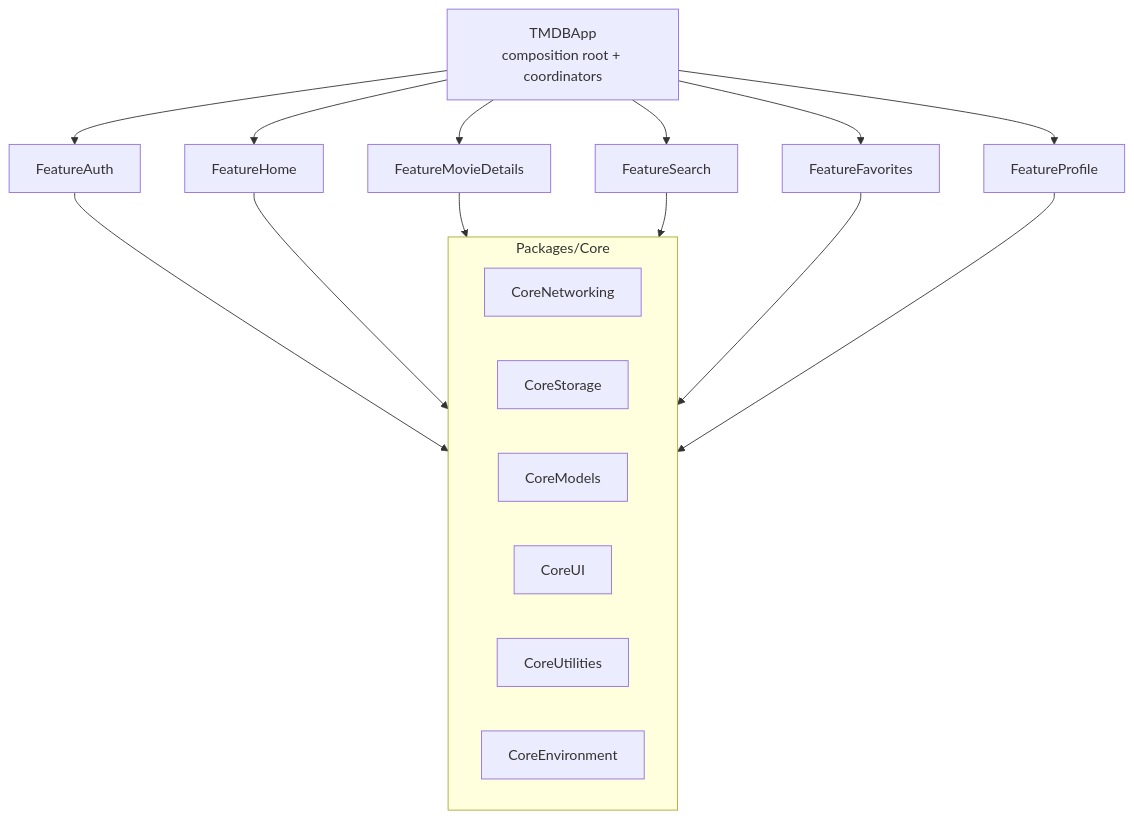
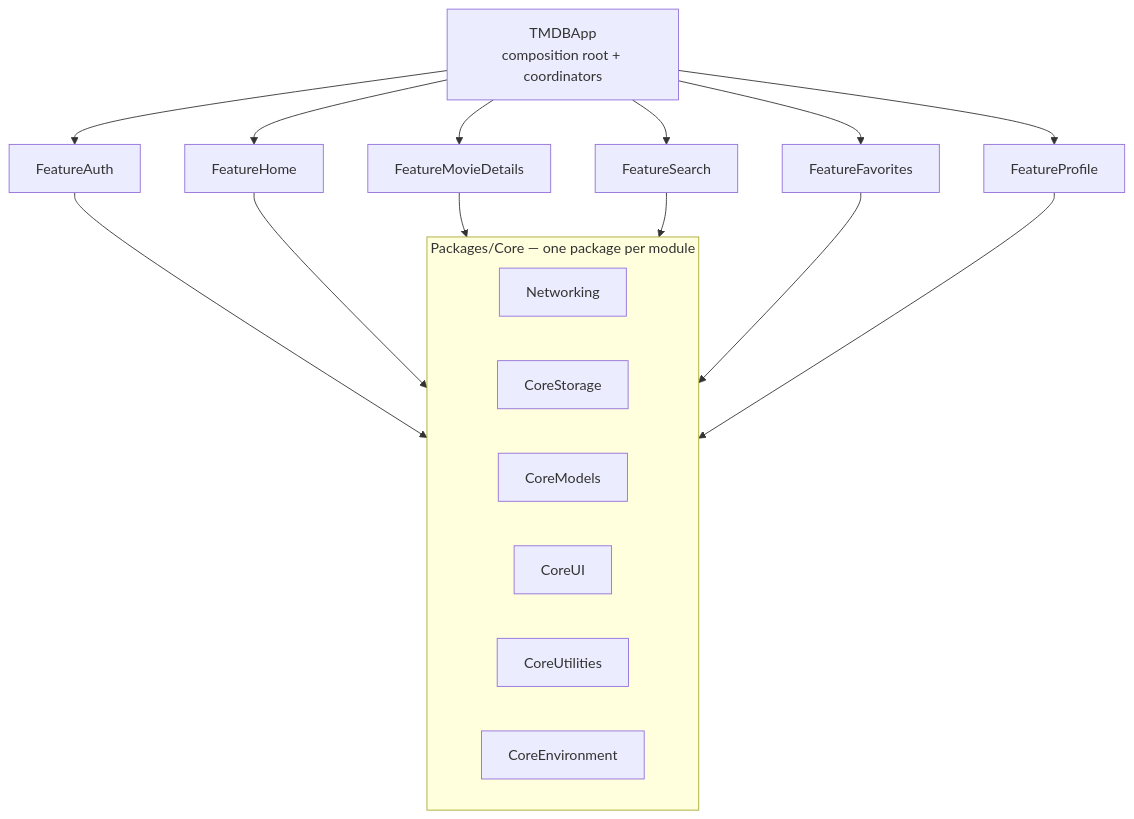
The diagram in README.md (AhmedRaslan2022/TMDB_2026), drawn with Mermaid before and after one commit. The commit also changed other lines of this file and 41 other files, not shown here.

Commit message:
refactor: split Core into six standalone packages; rename CoreNetworking to Networking

````diff
--- a/README.md
+++ b/README.md
@@ -18,15 +18,15 @@
 ```mermaid
 graph TD
     App[TMDBApp<br/>composition root + coordinators]
     App --> FeatureAuth & FeatureHome & FeatureMovieDetails & FeatureSearch & FeatureFavorites & FeatureProfile
     FeatureAuth & FeatureHome & FeatureMovieDetails & FeatureSearch & FeatureFavorites & FeatureProfile --> Core
 
-    subgraph Core [Packages/Core]
-        CoreNetworking
+    subgraph Core [Packages/Core — one package per module]
+        Networking
         CoreStorage
         CoreModels
         CoreUI
         CoreUtilities
         CoreEnvironment
     end
 ```
````
